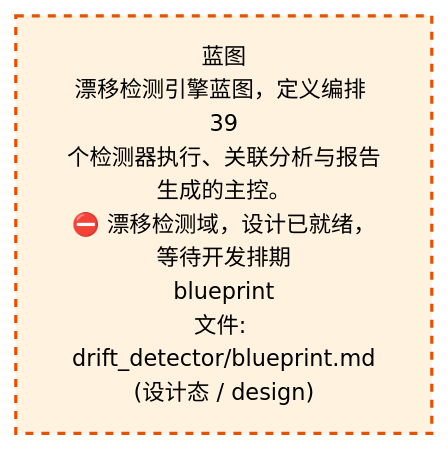
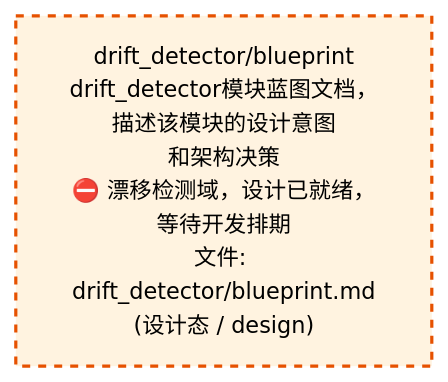
Before and after one commit to xuanFelixVan/ZephyrAlpha: the third of 4 diagrams in docs/02_enterprise_architecture/02_domain_architecture_docs/52_d_gov_drift.md, drawn with Mermaid. The commit also changed other lines of this file and 50 other files, not shown here.

````diff
--- a/docs/02_enterprise_architecture/02_domain_architecture_docs/52_d_gov_drift.md
+++ b/docs/02_enterprise_architecture/02_domain_architecture_docs/52_d_gov_drift.md
@@ -457,10 +458,10 @@
 ```mermaid
 %%{init: {'theme': 'base', 'themeVariables': {'primaryColor': '#eaeaea', 'primaryTextColor': '#333333', 'primaryBorderColor': '#666666', 'lineColor': '#666666', 'secondaryColor': '#eaeaea', 'tertiaryColor': '#eaeaea', 'fontSize': '14px'}}}%%
 flowchart TD
-    docs_03_modules_domain_governance_drift_detector_blueprint_md["蓝图<br/>漂移检测引擎蓝图，定义编排 39<br/>个检测器执行、关联分析与报告生成的主控。<br/>⛔ 漂移检测域，设计已就绪，等待开发排期<br/>blueprint<br/>文件: drift_detector/blueprint.md<br/>(设计态 / design)"]
+    docs_03_modules_domain_governance_drift_detector_blueprint_md["drift_detector/blueprint<br/>drift_detector模块蓝图文档，描述该模块的设计意图<br/>和架构决策<br/>⛔ 漂移检测域，设计已就绪，等待开发排期<br/>文件: drift_detector/blueprint.md<br/>(设计态 / design)"]
     classDef production fill:#e1f5fe,stroke:#01579b,stroke-width:2px,color:#000
     classDef design fill:#fff3e0,stroke:#e65100,stroke-width:2px,color:#000,stroke-dasharray: 5 5
     classDef external_prod fill:#e8f4fd,stroke:#0277bd,stroke-width:1px,color:#000
     classDef external_design fill:#fff8e7,stroke:#ef6c00,stroke-width:1px,color:#000,stroke-dasharray: 5 5
     class docs_03_modules_domain_governance_drift_detector_blueprint_md design
 ```
````
